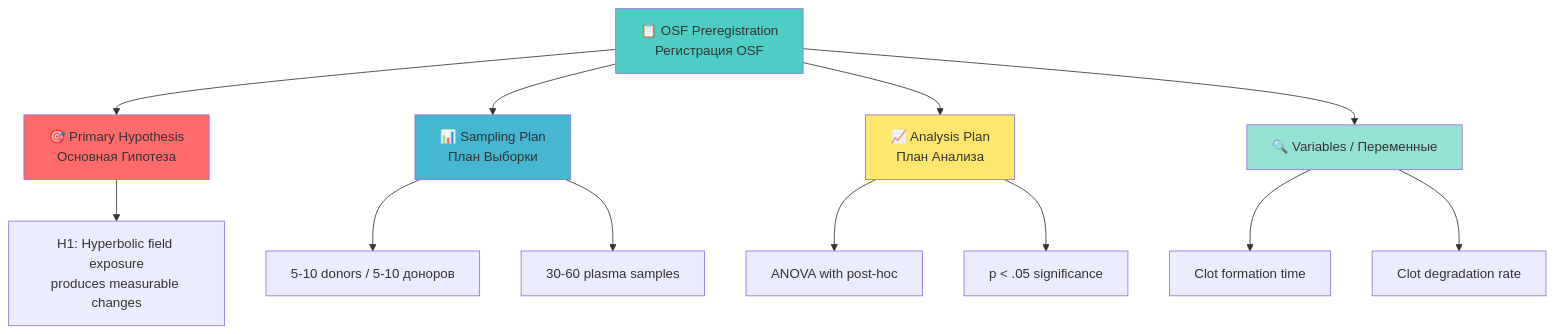
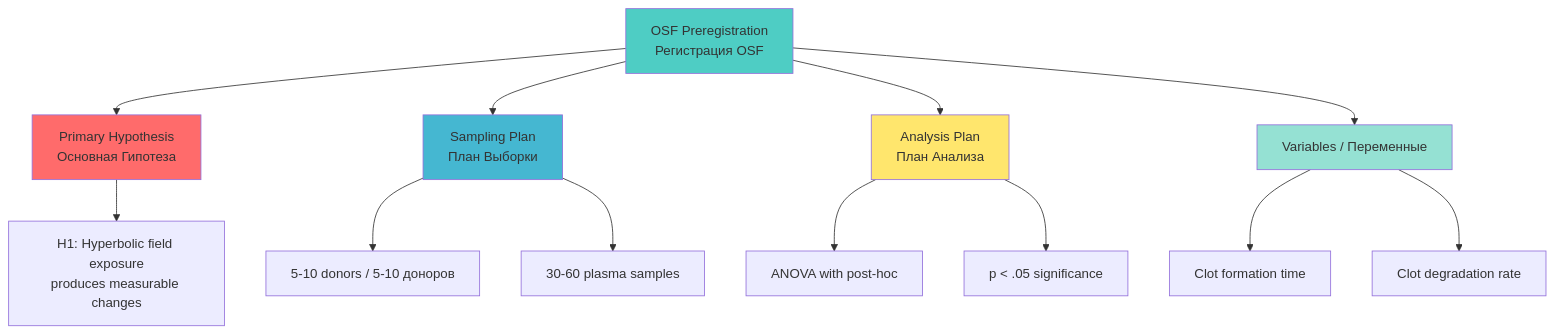
The diagram in OSF_PREREGISTRATION.md (AdvancedScientificResearchProjects/Hyperbolic_Field_BloodPlasma_Study), drawn with Mermaid before and after one commit. The commit also changed other lines of this file and 46 other files, not shown here.

````diff
--- a/OSF_PREREGISTRATION.md
+++ b/OSF_PREREGISTRATION.md
@@ -24,21 +24,21 @@
 ```mermaid
 flowchart TB
-    A[📋 OSF Preregistration<br/>Регистрация OSF] --> B[🎯 Primary Hypothesis<br/>Основная Гипотеза]
-    A --> C[📊 Sampling Plan<br/>План Выборки]
-    A --> D[📈 Analysis Plan<br/>План Анализа]
-    A --> E[🔍 Variables / Переменные]
+    A[ OSF Preregistration<br/>Регистрация OSF] --> B[ Primary Hypothesis<br/>Основная Гипотеза]
+    A --> C[ Sampling Plan<br/>План Выборки]
+    A --> D[ Analysis Plan<br/>План Анализа]
+    A --> E[ Variables / Переменные]
     
     B --> B1["H1: Hyperbolic field exposure<br/>produces measurable changes"]
     C --> C1["5-10 donors / 5-10 доноров"]
     C --> C2["30-60 plasma samples"]
     D --> D1["ANOVA with post-hoc"]
     D --> D2["p < .05 significance"]
     E --> E1["Clot formation time"]
     E --> E2["Clot degradation rate"]
     
     style A fill:#4ecdc4
     style B fill:#ff6b6b
     style C fill:#45b7d1
     style D fill:#ffe66d
     style E fill:#95e1d3
 ```
````
